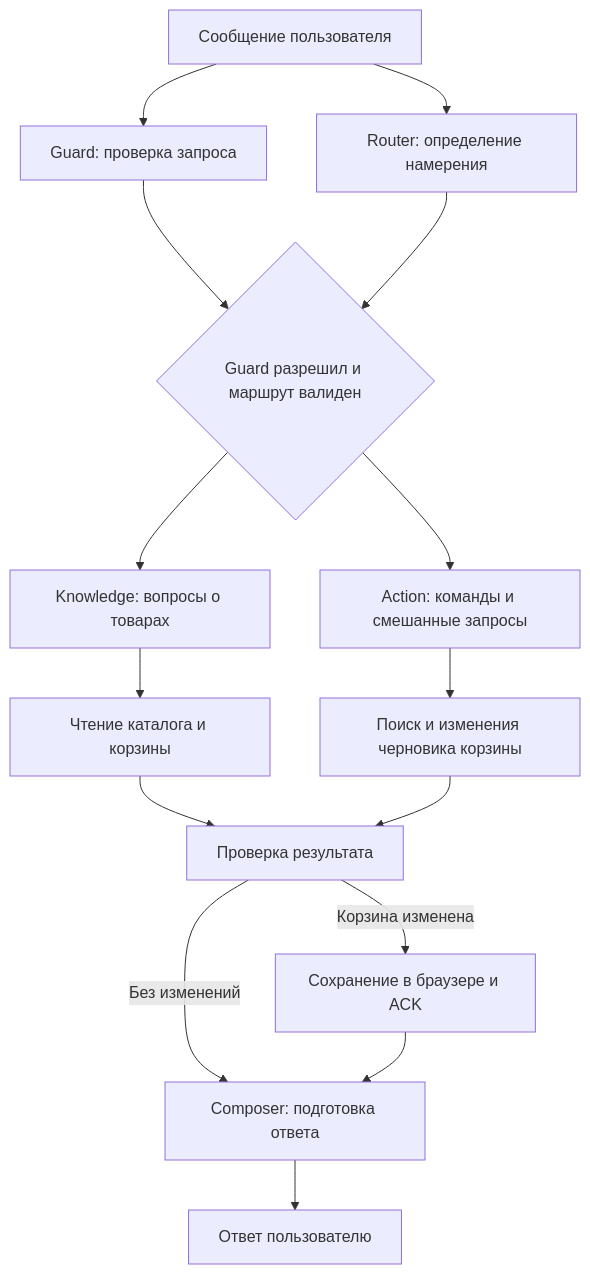
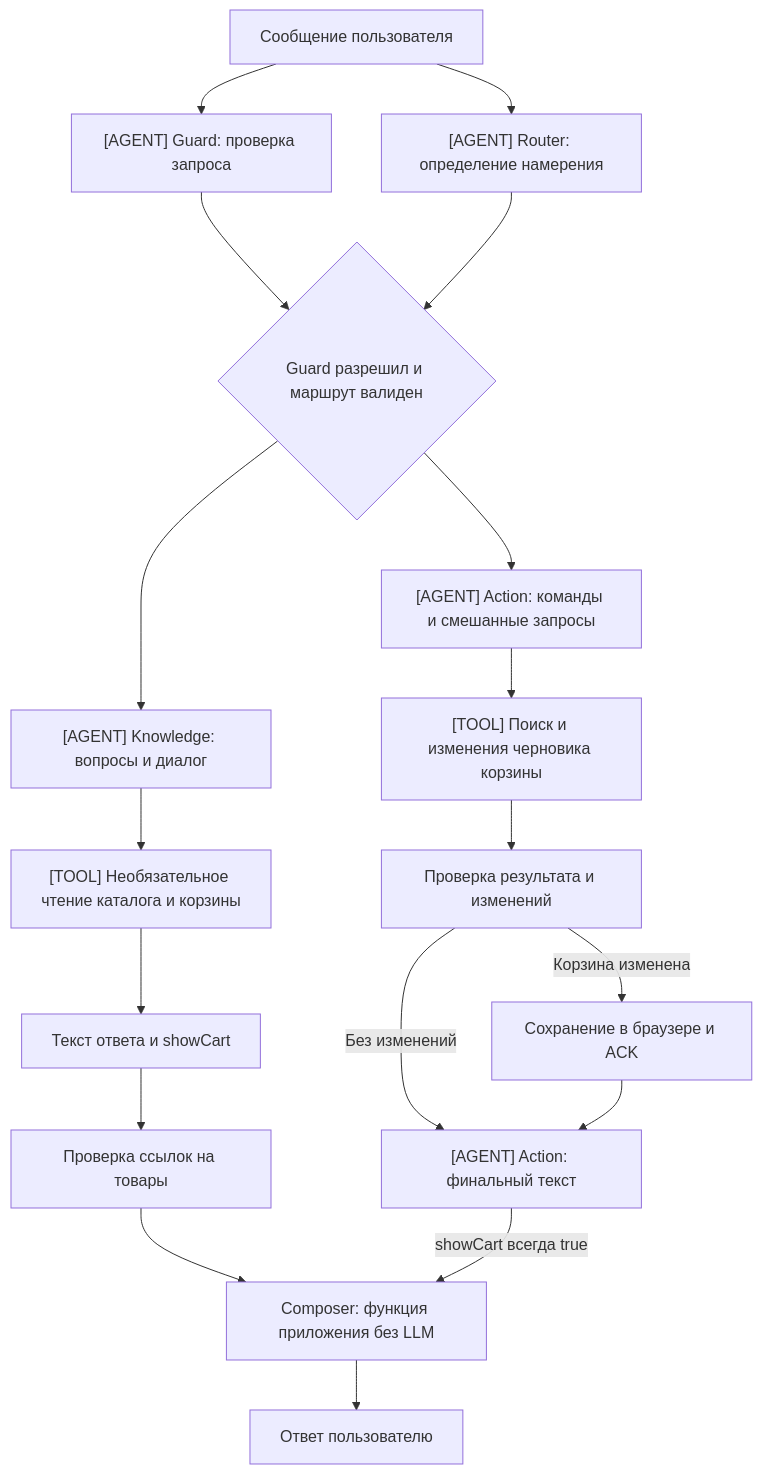
One commit to kirill-sotnikov/ai-agent-showcase changed the diagram in README-RU.md. Above: the diagram before and after it, drawn with Mermaid. The commit also changed other lines of this file and 27 other files, not shown here.

````diff
--- a/README-RU.md
+++ b/README-RU.md
@@ -29,17 +29,20 @@
 ```mermaid
 flowchart TD
-    Request[Сообщение пользователя] --> Guard[Guard: проверка запроса]
-    Request --> Router[Router: определение намерения]
+    Request[Сообщение пользователя] --> Guard["[AGENT] Guard: проверка запроса"]
+    Request --> Router["[AGENT] Router: определение намерения"]
     Guard --> Gate{Guard разрешил и маршрут валиден}
     Router --> Gate
-    Gate --> Knowledge[Knowledge: вопросы о товарах]
-    Gate --> Action[Action: команды и смешанные запросы]
-    Knowledge --> ReadTools[Чтение каталога и корзины]
-    Action --> CartTools[Поиск и изменения черновика корзины]
-    ReadTools --> Validation[Проверка результата]
-    CartTools --> Validation
-    Validation -->|Без изменений| Composer[Composer: подготовка ответа]
-    Validation -->|Корзина изменена| Commit[Сохранение в браузере и ACK]
-    Commit --> Composer
+    Gate --> Knowledge["[AGENT] Knowledge: вопросы и диалог"]
+    Gate --> Action["[AGENT] Action: команды и смешанные запросы"]
+    Knowledge --> ReadTools["[TOOL] Необязательное чтение каталога и корзины"]
+    ReadTools --> Answer[Текст ответа и showCart]
+    Answer --> Validation[Проверка ссылок на товары]
+    Action --> CartTools["[TOOL] Поиск и изменения черновика корзины"]
+    CartTools --> ValidateCart[Проверка результата и изменений]
+    ValidateCart -->|Корзина изменена| Commit[Сохранение в браузере и ACK]
+    ValidateCart -->|Без изменений| ActionAnswer["[AGENT] Action: финальный текст"]
+    Commit --> ActionAnswer
+    Validation --> Composer["Composer: функция приложения без LLM"]
+    ActionAnswer -->|showCart всегда true| Composer
     Composer --> Response[Ответ пользователю]
 ```
````
